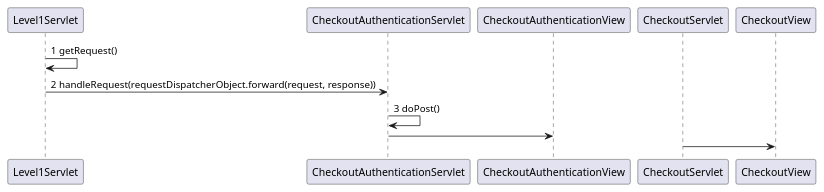
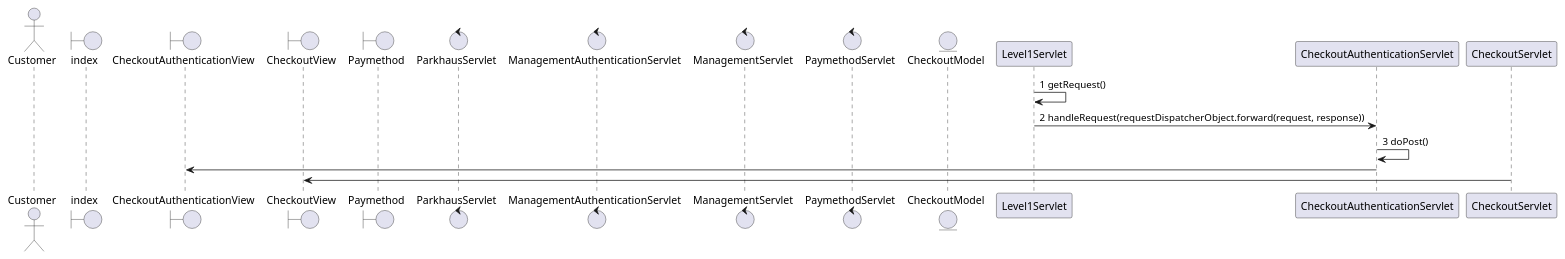
The diagram in src/main/parkhaus-project/Parkhaus/java/Planung/DIAGRAMM/sd_Checkout.puml (1nbetw33n/Parkhaus_new), drawn with PlantUML before and after one commit.

Commit message:
Added actor, boundary, control and entity objects

```diff
--- a/src/main/parkhaus-project/Parkhaus/java/Planung/DIAGRAMM/sd_Checkout.puml
+++ b/src/main/parkhaus-project/Parkhaus/java/Planung/DIAGRAMM/sd_Checkout.puml
@@ -2,13 +2,22 @@
 @startuml
 'https://plantuml.com/class-diagram
 'Erstellt von Rahgawi
-
+actor Customer
+boundary index
+boundary CheckoutAuthenticationView
+boundary CheckoutView
+boundary Paymethod
+control ParkhausServlet
+control ManagementAuthenticationServlet
+control ManagementServlet
+control PaymethodServlet
+entity CheckoutModel
 
 
 Level1Servlet-> Level1Servlet: 1 getRequest()
 Level1Servlet-> CheckoutAuthenticationServlet: 2 handleRequest(requestDispatcherObject.forward(request, response))
 
 CheckoutAuthenticationServlet -> CheckoutAuthenticationServlet:3 doPost()
 CheckoutAuthenticationServlet -> CheckoutAuthenticationView
 CheckoutServlet -> CheckoutView
 @enduml
```
